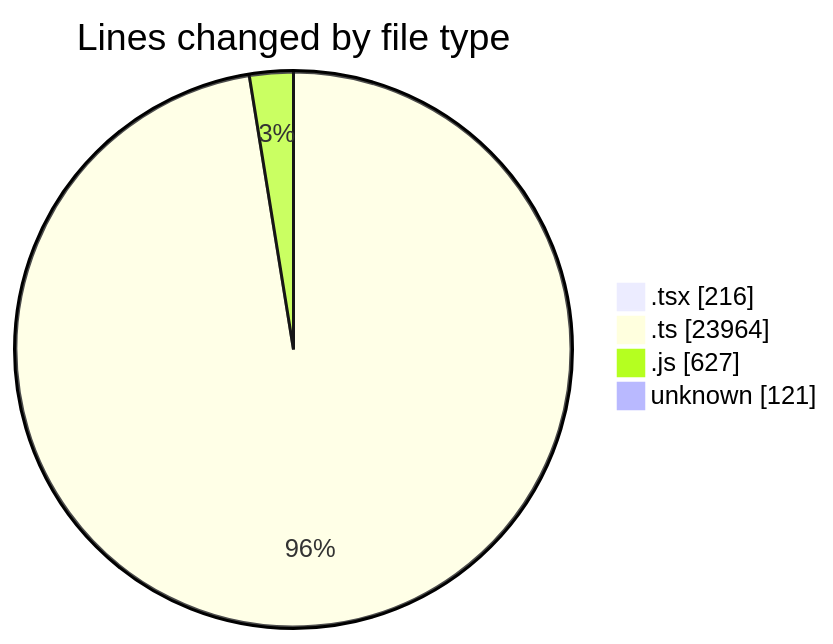
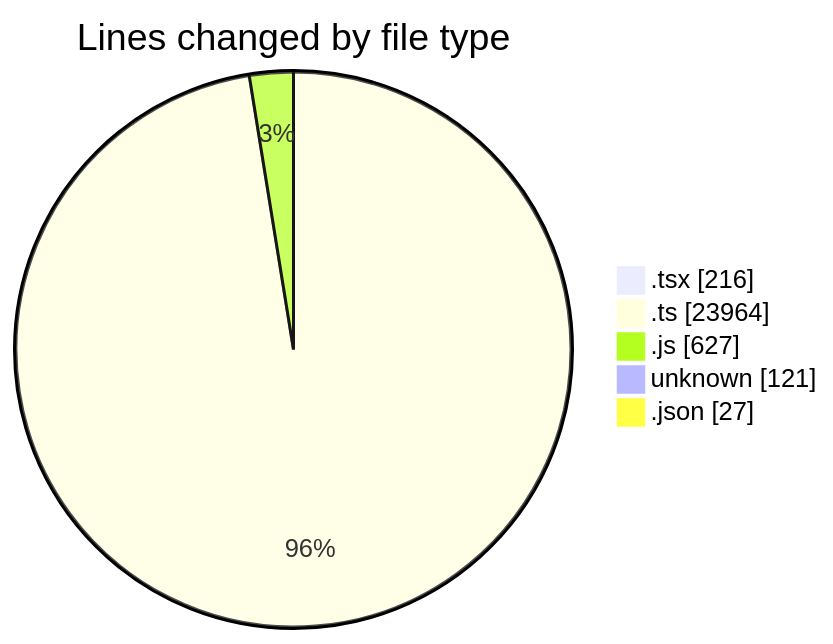
Before and after one commit to momahboobian/code-tracking: the first of 2 diagrams in 2026-06-01/cda/README.md, drawn with Mermaid. The commit also changed other lines of this file and 1 other file, not shown here.

````diff
--- a/2026-06-01/cda/README.md
+++ b/2026-06-01/cda/README.md
@@ -44,8 +45,9 @@
 ```mermaid
 pie showData
 title Lines changed by file type
 ".tsx" : 216
 ".ts" : 23964
 ".js" : 627
 "unknown" : 121
+".json" : 27
 ```
````
